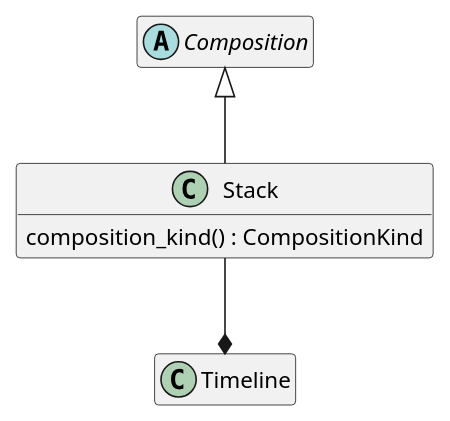
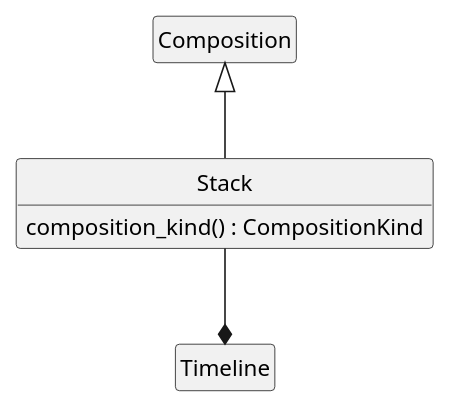
The eighth of 34 diagrams in src/main/md/otio-core.md (sandflow/otio-core-specification), drawn with PlantUML before and after one commit. The commit also changed other lines of this file, not shown here.

Commit message:
Improve class diagrams and document conventions (#13)

````diff
--- a/src/main/md/otio-core.md
+++ b/src/main/md/otio-core.md
@@ -310,19 +376,16 @@
 ```puml
 @startuml
 hide empty members
+hide circle
 skinparam classAttributeIconSize 0
-
-abstract class Composition
 
 Composition <|-- Stack
 
 class Stack {
   composition_kind() : CompositionKind
 }
 
-class Timeline
-
 Stack --* Timeline
 
 @enduml
 ```
````
